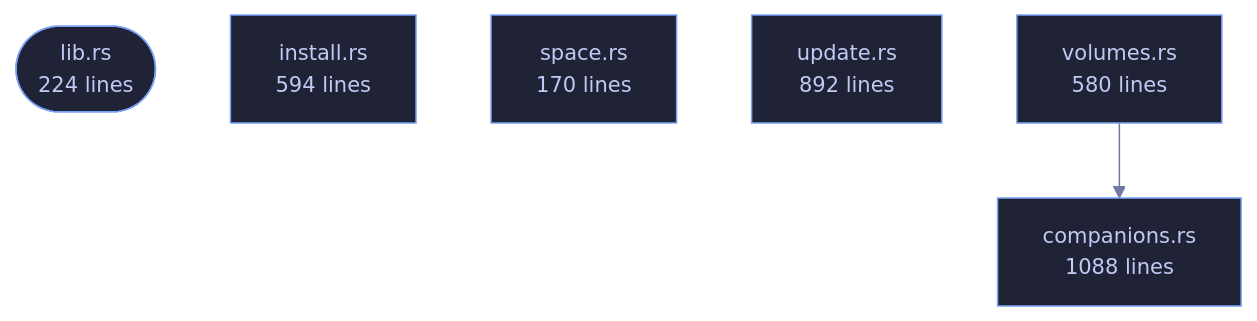
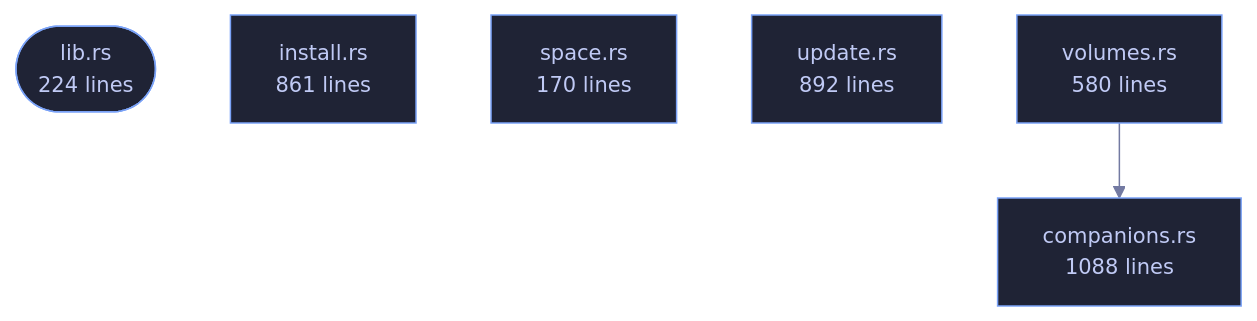
One commit to tilas01/veilvoice changed the diagram in crates/veilvoice-setup/README.md. Above: the diagram before and after it, drawn with Mermaid. The commit also changed other lines of this file and 32 other files, not shown here.

````diff
--- a/crates/veilvoice-setup/README.md
+++ b/crates/veilvoice-setup/README.md
@@ -108,17 +108,17 @@
 ```mermaid
 %%{init: {"theme":"base","themeVariables":{"background":"#1a1b26","primaryColor":"#1f2335","primaryTextColor":"#c0caf5","primaryBorderColor":"#7aa2f7","secondaryColor":"#16161e","tertiaryColor":"#16161e","lineColor":"#737aa2","textColor":"#c0caf5","mainBkg":"#1f2335","nodeBorder":"#7aa2f7","clusterBkg":"#16161e","clusterBorder":"#2f3549","fontFamily":"ui-monospace, SFMono-Regular, Consolas, monospace","fontSize":"14px"}}}%%
 flowchart TD
     n_lib(["lib.rs<br/>224 lines"])
     n_companions["companions.rs<br/>1088 lines"]
-    n_install["install.rs<br/>594 lines"]
+    n_install["install.rs<br/>861 lines"]
     n_space["space.rs<br/>170 lines"]
     n_update["update.rs<br/>892 lines"]
     n_volumes["volumes.rs<br/>580 lines"]
     n_volumes --> n_companions
     click n_lib href "https://github.com/tilas01/veilvoice/blob/main/crates/veilvoice-setup/src/lib.rs" "open the source"
     click n_companions href "https://github.com/tilas01/veilvoice/blob/main/crates/veilvoice-setup/src/companions.rs" "open the source"
     click n_install href "https://github.com/tilas01/veilvoice/blob/main/crates/veilvoice-setup/src/install.rs" "open the source"
     click n_space href "https://github.com/tilas01/veilvoice/blob/main/crates/veilvoice-setup/src/space.rs" "open the source"
     click n_update href "https://github.com/tilas01/veilvoice/blob/main/crates/veilvoice-setup/src/update.rs" "open the source"
     click n_volumes href "https://github.com/tilas01/veilvoice/blob/main/crates/veilvoice-setup/src/volumes.rs" "open the source"
 ```
````
